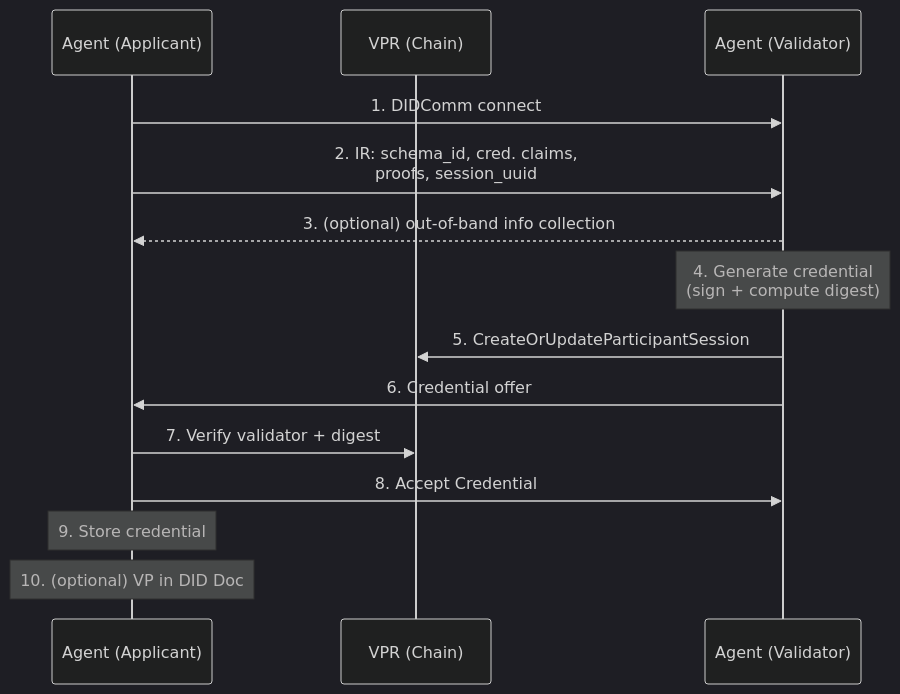
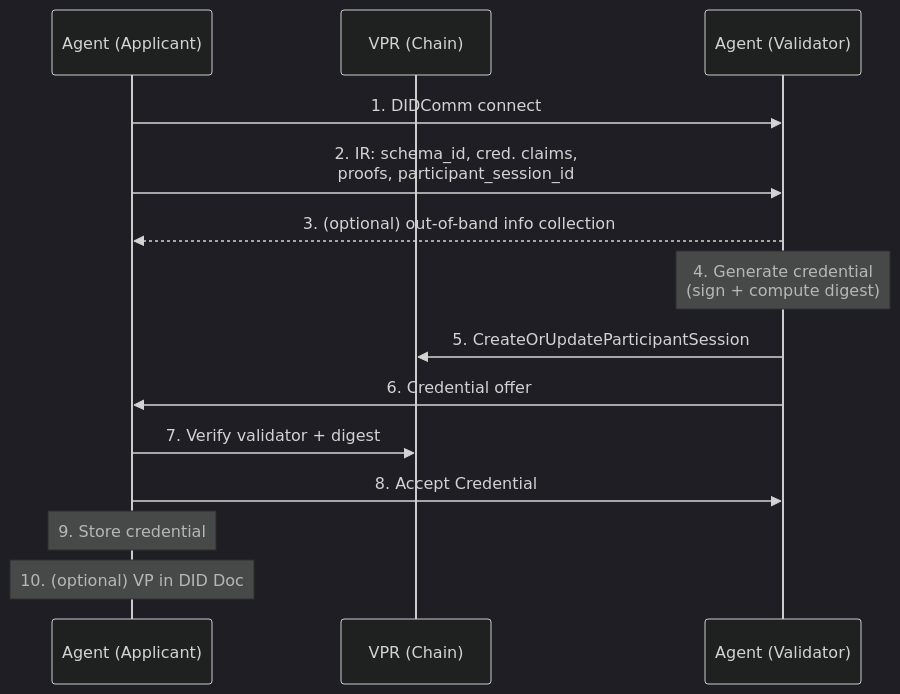
Before and after one commit to verana-labs/verana-spec: the eighth of 9 diagrams in v4/vs-agent/spec.md, drawn with Mermaid (dark theme). The commit also changed other lines of this file and 2 other files, not shown here.

Commit message:
docs: fix service endpoint types, admin env variables, add DIDComm protocol for VT flow

````diff
--- a/v4/vs-agent/spec.md
+++ b/v4/vs-agent/spec.md
@@ -631,17 +628,17 @@
 ```mermaid
 sequenceDiagram
     participant Applicant as Agent (Applicant)
     participant VPR as VPR (Chain)
     participant Validator as Agent (Validator)
 
     Applicant->>Validator: 1. DIDComm connect
-    Applicant->>Validator: 2. IR: schema_id, cred. claims,<br/>proofs, session_uuid
+    Applicant->>Validator: 2. IR: schema_id, cred. claims,<br/>proofs, participant_session_id
     Validator-->>Applicant: 3. (optional) out-of-band info collection
     Note over Validator: 4. Generate credential<br/>(sign + compute digest)
     Validator->>VPR: 5. CreateOrUpdateParticipantSession
     Validator->>Applicant: 6. Credential offer
     Applicant->>VPR: 7. Verify validator + digest
     Applicant->>Validator: 8. Accept Credential
     Note over Applicant: 9. Store credential
     Note over Applicant: 10. (optional) VP in DID Doc
 ```
````
